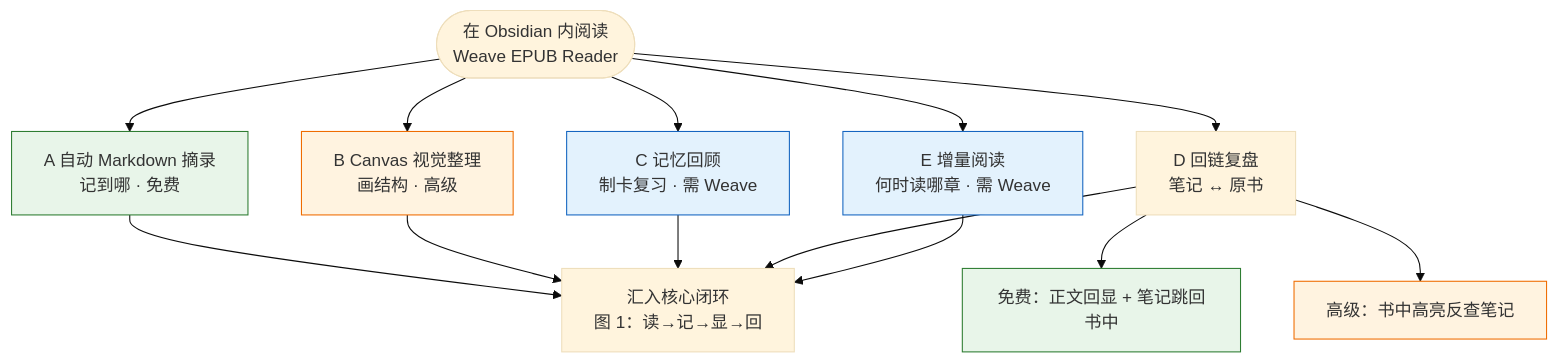
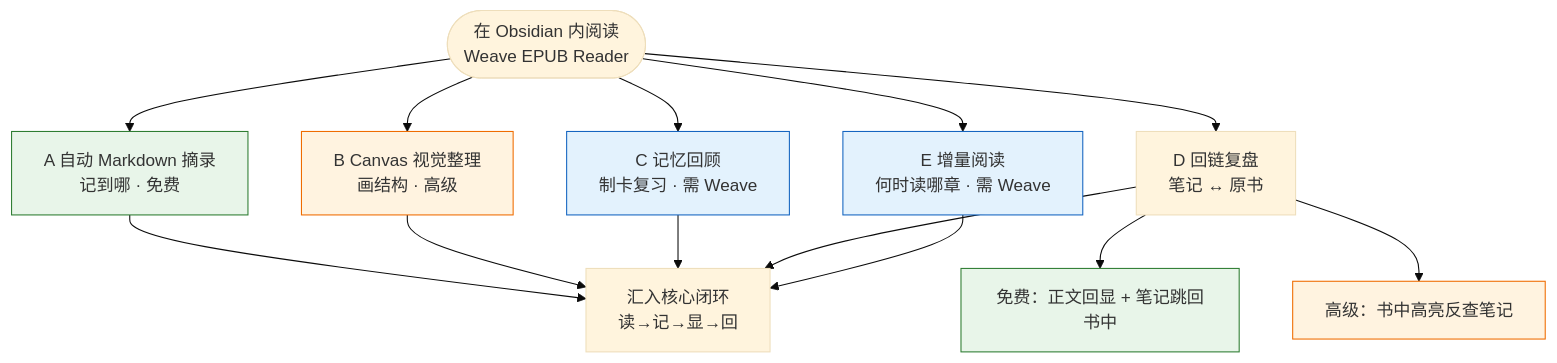
Before and after one commit to neil-wang-global/obsidian-weave-reader: the first of 4 diagrams in README.md, drawn with Mermaid (base theme). The commit also changed other lines of this file, not shown here.

Commit message:
docs: remove core-loop Mermaid diagram from README

````diff
--- a/README.md
+++ b/README.md
@@ -59,26 +39,26 @@
 ```mermaid
 flowchart TB
   READ(["在 Obsidian 内阅读<br/>Weave EPUB Reader"])
 
   READ --> A["A 自动 Markdown 摘录<br/>记到哪 · 免费"]
   READ --> B["B Canvas 视觉整理<br/>画结构 · 高级"]
   READ --> C["C 记忆回顾<br/>制卡复习 · 需 Weave"]
   READ --> D["D 回链复盘<br/>笔记 ↔ 原书"]
   READ --> E["E 增量阅读<br/>何时读哪章 · 需 Weave"]
 
-  A --> LOOP["汇入核心闭环<br/>图 1：读→记→显→回"]
+  A --> LOOP["汇入核心闭环<br/>读→记→显→回"]
   B --> LOOP
   C --> LOOP
   D --> LOOP
   E --> LOOP
 
   D --> D1["免费：正文回显 + 笔记跳回书中"]
   D --> D2["高级：书中高亮反查笔记"]
 
   style A fill:#e8f5e9,stroke:#2e7d32
   style D1 fill:#e8f5e9,stroke:#2e7d32
   style B fill:#fff3e0,stroke:#ef6c00
   style D2 fill:#fff3e0,stroke:#ef6c00
   style C fill:#e3f2fd,stroke:#1565c0
   style E fill:#e3f2fd,stroke:#1565c0
 ```
````
